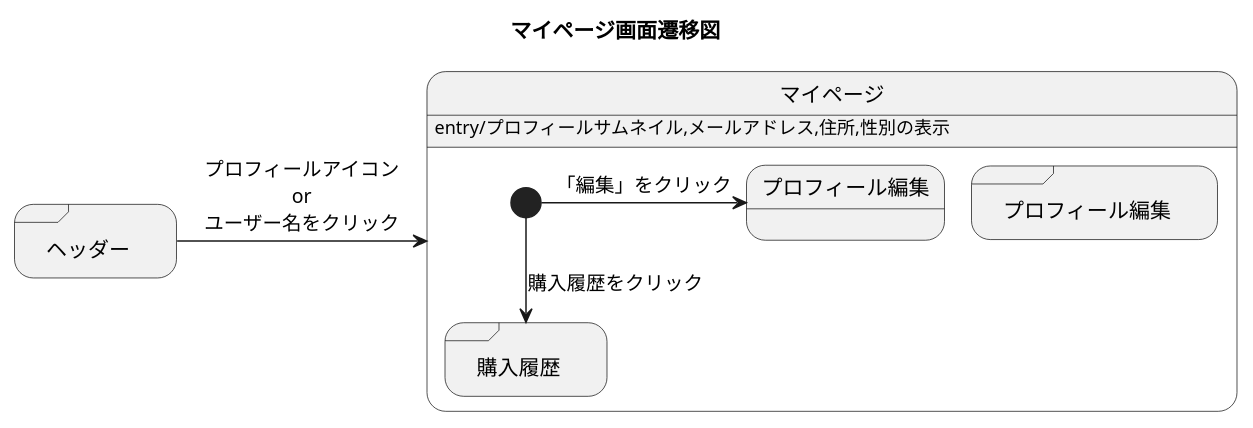
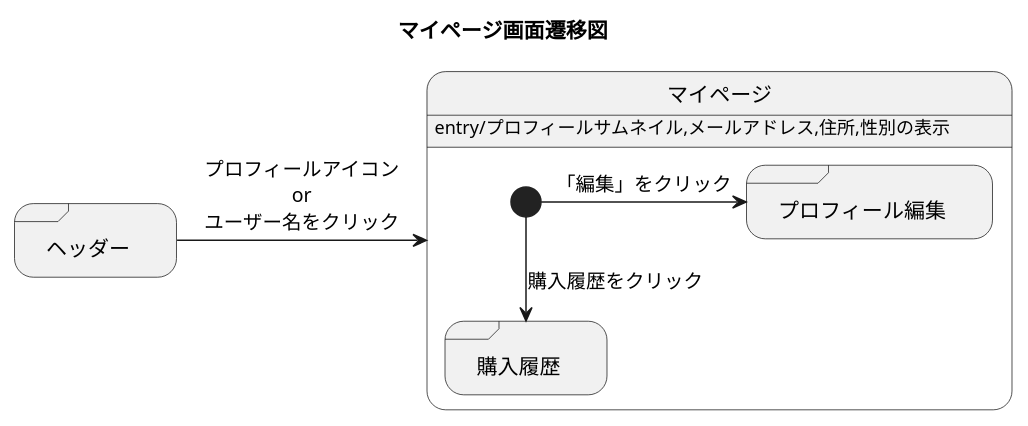
One commit to akutori/T-D-E changed the diagram in マイページ.md. Above: the diagram before and after it, drawn with PlantUML.

Commit message:
修正

````diff
--- a/マイページ.md
+++ b/マイページ.md
@@ -1,15 +1,15 @@
 ```uml
 @startuml
 title マイページ画面遷移図
 state "ヘッダー" as mainheadder<<sdlreceive>>
 state マイページ:entry/プロフィールサムネイル,メールアドレス,住所,性別の表示
 mainheadder -> マイページ : プロフィールアイコン\nor\nユーザー名をクリック
 state マイページ{
     state "プロフィール編集" as profileedit<<sdlreceive>>
     state "購入履歴" as goodshistory<<sdlreceive>>
-    [*]->プロフィール編集 : 「編集」をクリック
+    [*]->profileedit : 「編集」をクリック
     [*]-->goodshistory : 購入履歴をクリック
     
 }
 @enduml
 ```
````
